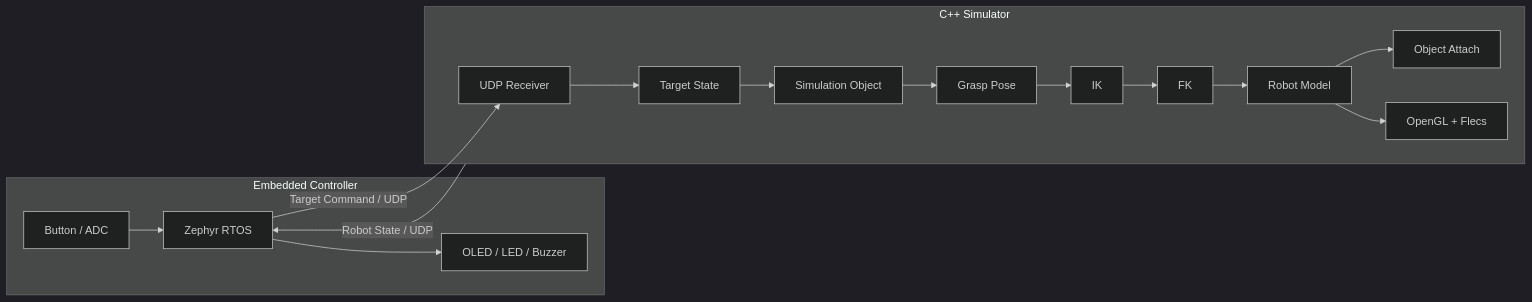
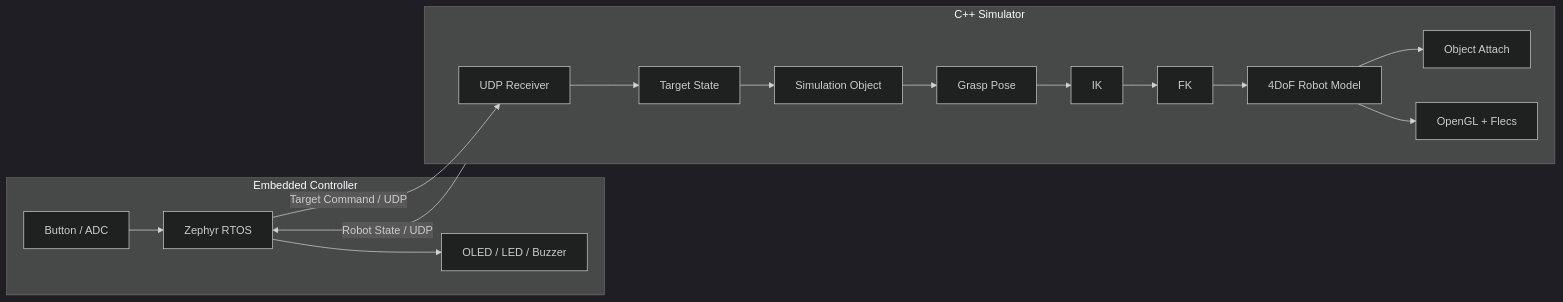
One commit to cgantro/GraspLink changed the diagram in docs/ARCHITECTURE.md. Above: the diagram before and after it, drawn with Mermaid (dark theme). The commit also changed other lines of this file, not shown here.

Commit message:
docs: define fixed 4DoF arm architecture

````diff
--- a/docs/ARCHITECTURE.md
+++ b/docs/ARCHITECTURE.md
@@ -13,27 +13,27 @@
 ```mermaid
 flowchart LR
     subgraph E[Embedded Controller]
         B[Button / ADC]
         Z[Zephyr RTOS]
         O[OLED / LED / Buzzer]
         B --> Z
         Z --> O
     end
 
     subgraph S[C++ Simulator]
         R[UDP Receiver]
         T[Target State]
         OBJ[Simulation Object]
         G[Grasp Pose]
         IK[IK]
         FK[FK]
-        ROBOT[Robot Model]
+        ROBOT[4DoF Robot Model]
         A[Object Attach]
         V[OpenGL + Flecs]
         R --> T --> OBJ --> G --> IK --> FK --> ROBOT --> V
         ROBOT --> A
     end
 
     Z -- Target Command / UDP --> R
     S -- Robot State / UDP --> Z
 ```
````
